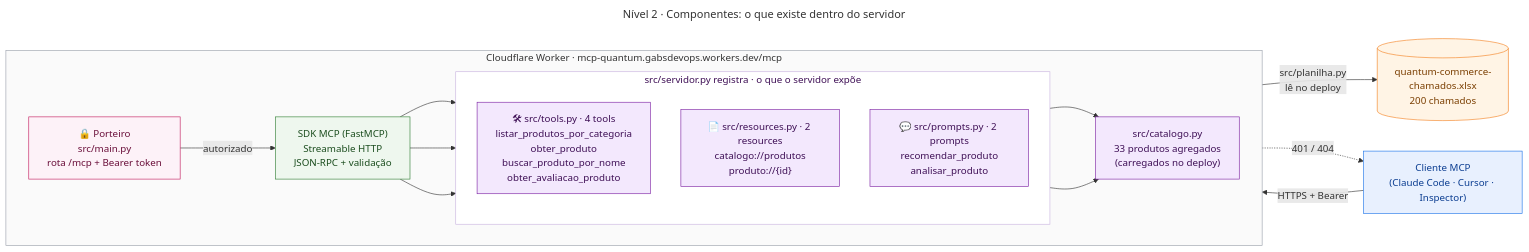
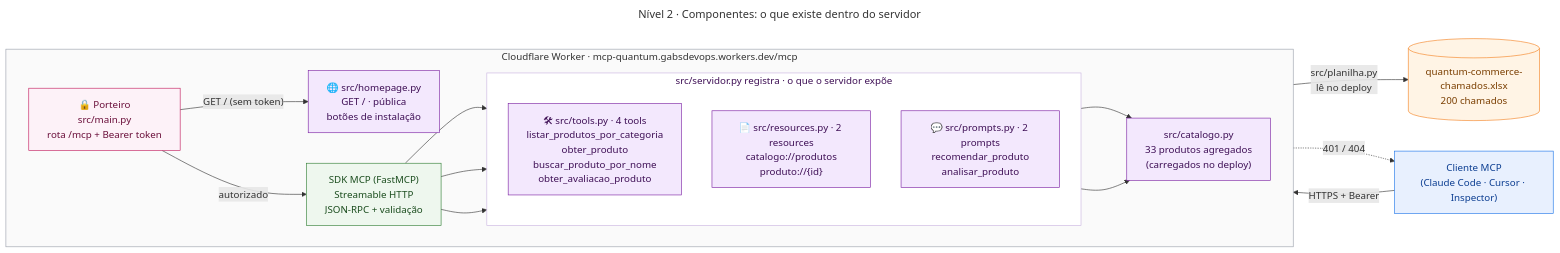
The diagram in api-integrations/mcp-quantum/diagramas/02-componentes.mmd (gabriel-dantas98/fiap-mba-multi-agent), drawn with Mermaid before and after one commit. The commit also changed 15 other files, not shown here.

```diff
--- a/api-integrations/mcp-quantum/diagramas/02-componentes.mmd
+++ b/api-integrations/mcp-quantum/diagramas/02-componentes.mmd
@@ -1,38 +1,40 @@
 ---
 title: "Nível 2 · Componentes: o que existe dentro do servidor"
 ---
 flowchart LR
     classDef cliente fill:#E8F0FE,stroke:#1A73E8,color:#0B3D91
     classDef seguranca fill:#FDF2F8,stroke:#C2185B,color:#6A0F3A
     classDef sdk fill:#EEF7EE,stroke:#2E7D32,color:#1B4D1E
     classDef nosso fill:#F3E8FD,stroke:#7B1FA2,color:#3E0F55
     classDef dados fill:#FFF4E5,stroke:#F38020,color:#7A3E00
 
     C["Cliente MCP<br/>(Claude Code · Cursor · Inspector)"]:::cliente
 
     subgraph W["Cloudflare Worker · mcp-quantum.gabsdevops.workers.dev/mcp"]
         direction LR
         G["🔒 Porteiro<br/>src/main.py<br/>rota /mcp + Bearer token"]:::seguranca
+        HP["🌐 src/homepage.py<br/>GET / · pública<br/>botões de instalação"]:::nosso
         F["SDK MCP (FastMCP)<br/>Streamable HTTP<br/>JSON-RPC + validação"]:::sdk
 
         subgraph Q["src/servidor.py registra · o que o servidor expõe"]
             direction TB
             T["🛠 src/tools.py · 4 tools<br/>listar_produtos_por_categoria<br/>obter_produto<br/>buscar_produto_por_nome<br/>obter_avaliacao_produto"]:::nosso
             R["📄 src/resources.py · 2 resources<br/>catalogo://produtos<br/>produto://{id}"]:::nosso
             P["💬 src/prompts.py · 2 prompts<br/>recomendar_produto<br/>analisar_produto"]:::nosso
         end
 
         K["src/catalogo.py<br/>33 produtos agregados<br/>(carregados no deploy)"]:::nosso
     end
 
     X[("quantum-commerce-chamados.xlsx<br/>200 chamados")]:::dados
 
     C -- "HTTPS + Bearer" --> G
+    G -- "GET / (sem token)" --> HP
     G -- "autorizado" --> F
     F --> T & R & P
     T & R --> K
     K -- "src/planilha.py<br/>lê no deploy" --> X
     G -. "401 / 404" .-> C
 
     style W fill:#FAFAFA,stroke:#9AA0AB,color:#333
     style Q fill:#FFFFFF,stroke:#C9B3E0,color:#3E0F55
```
